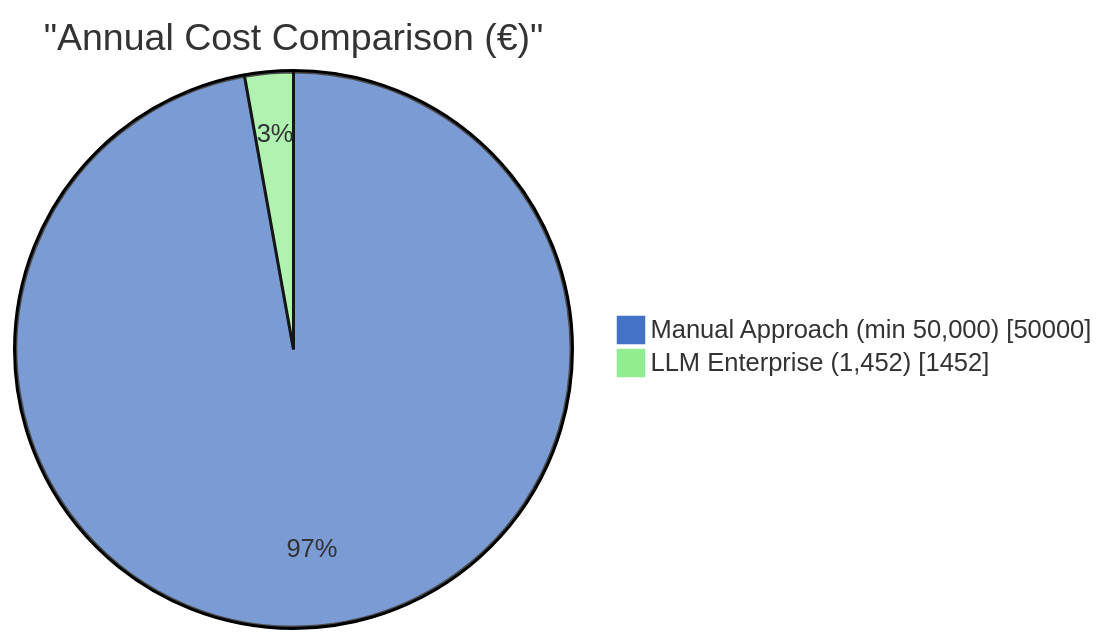
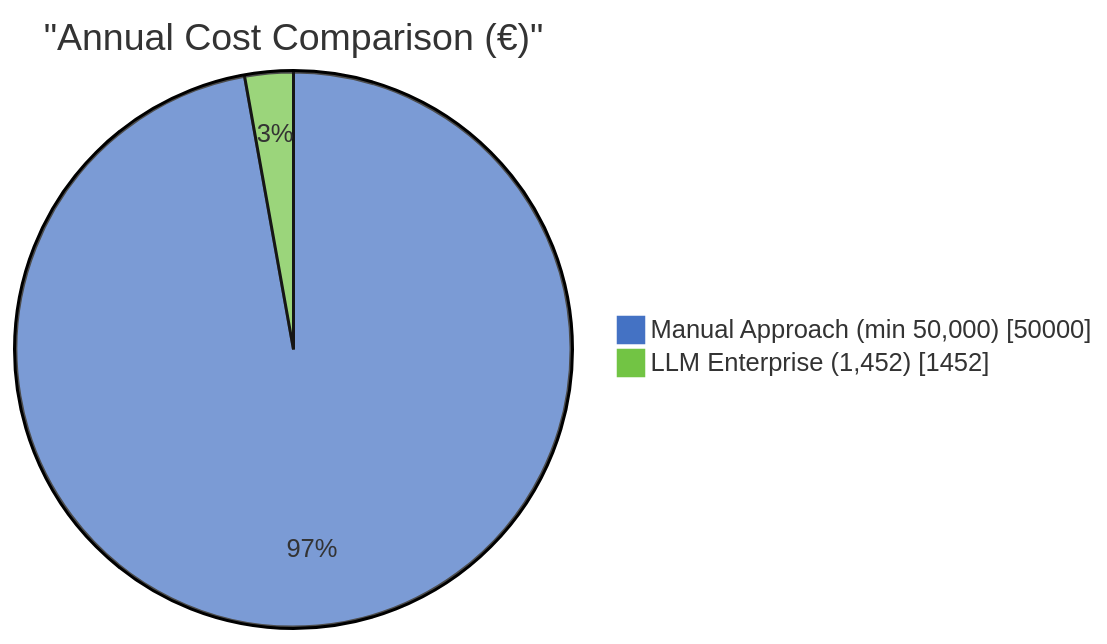
One commit to DARREN-2000/temporary changed the fourth of 4 diagrams in Chapter_5_Experimental_Results.md. Above: the diagram before and after it, drawn with Mermaid.

Commit message:
Remove unused secondaryColor from pie chart Mermaid config

````diff
--- a/Chapter_5_Experimental_Results.md
+++ b/Chapter_5_Experimental_Results.md
@@ -188,7 +188,7 @@
 ```mermaid
-%%{init: {'theme': 'base', 'themeVariables': { 'primaryColor': '#4472C4', 'secondaryColor': '#90EE90'}}}%%
+%%{init: {'theme': 'base', 'themeVariables': { 'primaryColor': '#4472C4'}}}%%
 pie showData
     title "Annual Cost Comparison (€)"
     "Manual Approach (min 50,000)" : 50000
     "LLM Enterprise (1,452)" : 1452
 ```
````
